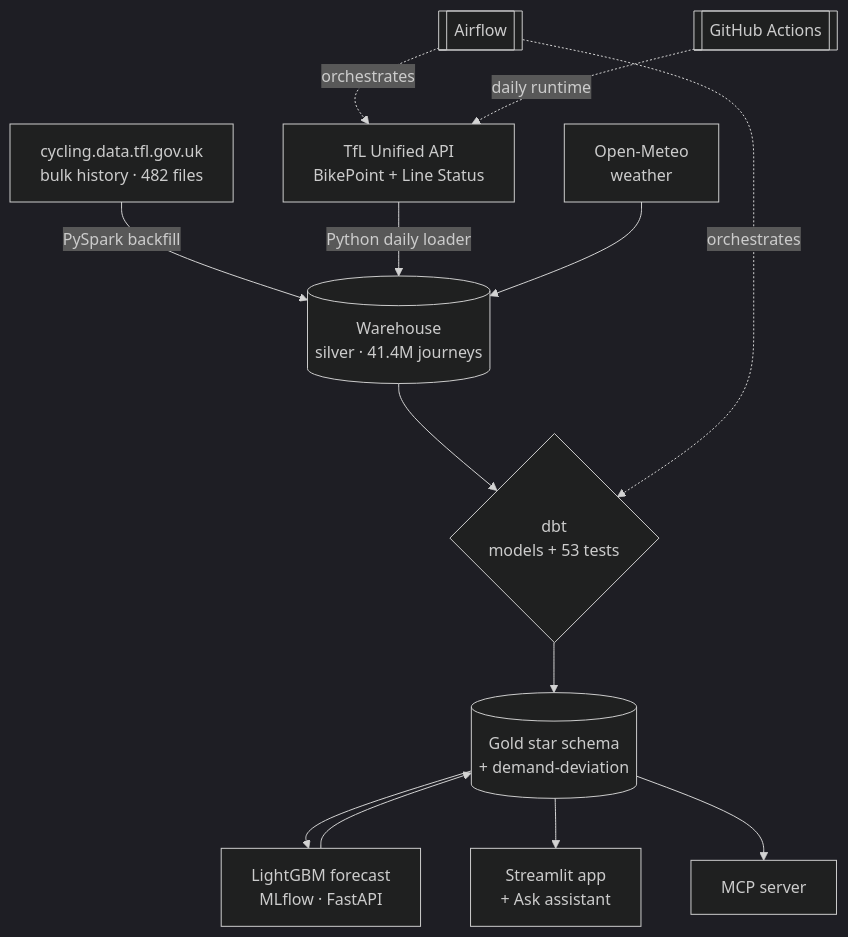
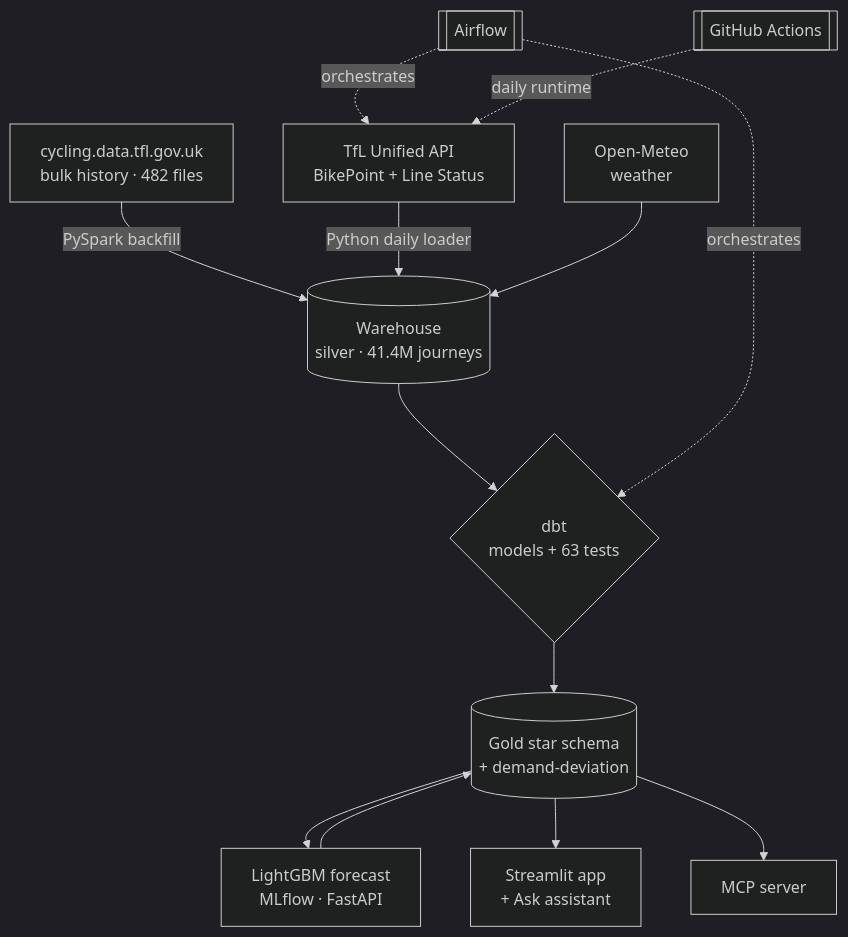
Before and after one commit to rosscyking1115/tfl-data-engineering: the diagram in README.md, drawn with Mermaid (dark theme). The commit also changed other lines of this file and 9 other files, not shown here.

````diff
--- a/README.md
+++ b/README.md
@@ -84,15 +88,15 @@
 ```mermaid
 flowchart TD
     A[cycling.data.tfl.gov.uk<br/>bulk history · 482 files] -->|PySpark backfill| S[(Warehouse<br/>silver · 41.4M journeys)]
     API[TfL Unified API<br/>BikePoint + Line Status] -->|Python daily loader| S
     W[Open-Meteo<br/>weather] --> S
-    S --> D{dbt<br/>models + 53 tests}
+    S --> D{dbt<br/>models + 63 tests}
     D --> G[(Gold star schema<br/>+ demand-deviation)]
     G --> ML[LightGBM forecast<br/>MLflow · FastAPI]
     ML --> G
     G --> APP[Streamlit app<br/>+ Ask assistant]
     G --> MCP[MCP server]
     AF[[Airflow]] -.orchestrates.-> API
     AF -.orchestrates.-> D
     GH[[GitHub Actions]] -.daily runtime.-> API
 ```
````
